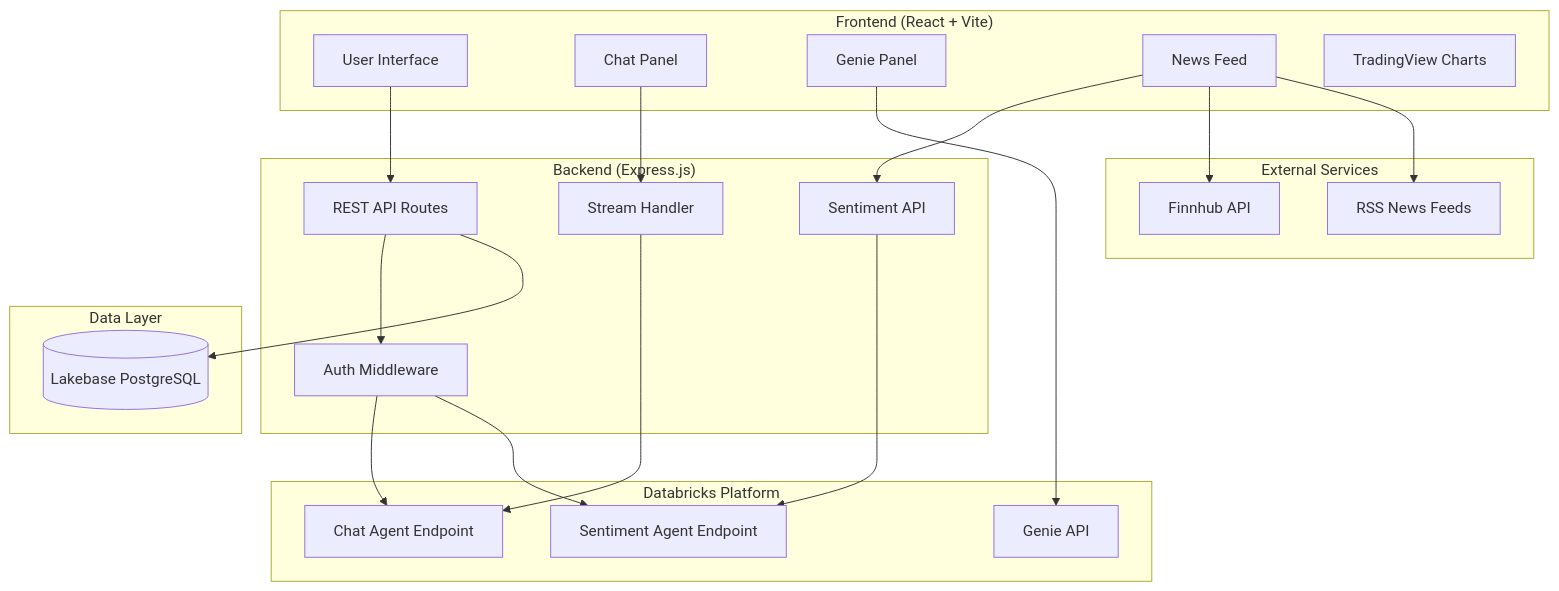
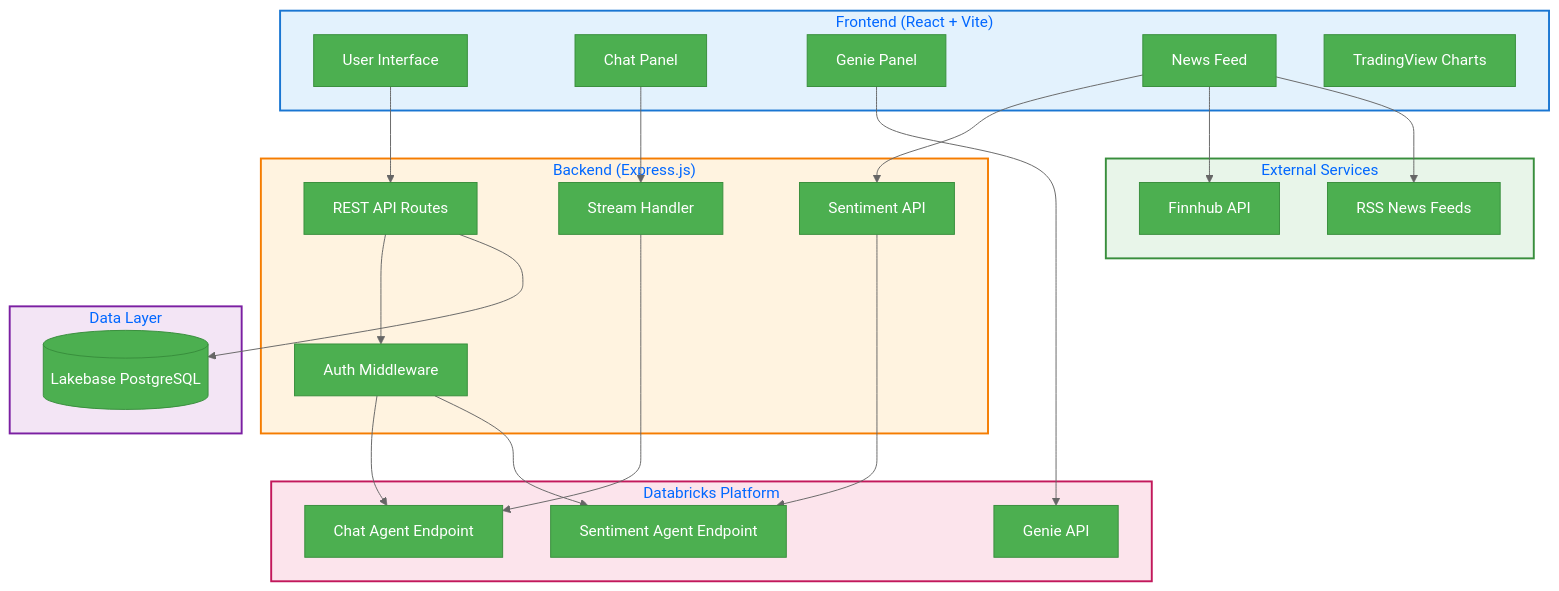
The first of 3 diagrams in README.md (AnanyaDBJ/equity-analyst-app-agent), drawn with Mermaid before and after one commit. The commit also changed other lines of this file, not shown here.

Commit message:
docs: Update Mermaid diagrams with white background and colorful styling

````diff
--- a/README.md
+++ b/README.md
@@ -52,46 +52,53 @@
 ```mermaid
+%%{init: {'theme': 'base', 'themeVariables': { 'primaryColor': '#4CAF50', 'primaryTextColor': '#fff', 'primaryBorderColor': '#388E3C', 'lineColor': '#666', 'secondaryColor': '#2196F3', 'tertiaryColor': '#FF9800', 'background': '#ffffff'}}}%%
 flowchart TB
     subgraph Client ["Frontend (React + Vite)"]
         UI[User Interface]
         Chat[Chat Panel]
         Genie[Genie Panel]
         News[News Feed]
         Charts[TradingView Charts]
     end
 
     subgraph Server ["Backend (Express.js)"]
         API[REST API Routes]
         Auth[Auth Middleware]
         Stream[Stream Handler]
         SentAPI[Sentiment API]
     end
 
     subgraph Databricks ["Databricks Platform"]
         ChatAgent[Chat Agent Endpoint]
         SentimentAgent[Sentiment Agent Endpoint]
         GenieAPI[Genie API]
     end
 
     subgraph External ["External Services"]
         FH[Finnhub API]
         RSS[RSS News Feeds]
     end
 
     subgraph Storage ["Data Layer"]
         LB[(Lakebase PostgreSQL)]
     end
 
     UI --> API
     Chat --> Stream
     Genie --> GenieAPI
     News --> SentAPI
     News --> FH
     News --> RSS
 
     API --> Auth
     Stream --> ChatAgent
     SentAPI --> SentimentAgent
     Auth --> ChatAgent
     Auth --> SentimentAgent
     API --> LB
+
+    style Client fill:#E3F2FD,stroke:#1976D2,stroke-width:2px
+    style Server fill:#FFF3E0,stroke:#F57C00,stroke-width:2px
+    style Databricks fill:#FCE4EC,stroke:#C2185B,stroke-width:2px
+    style External fill:#E8F5E9,stroke:#388E3C,stroke-width:2px
+    style Storage fill:#F3E5F5,stroke:#7B1FA2,stroke-width:2px
 ```
````
